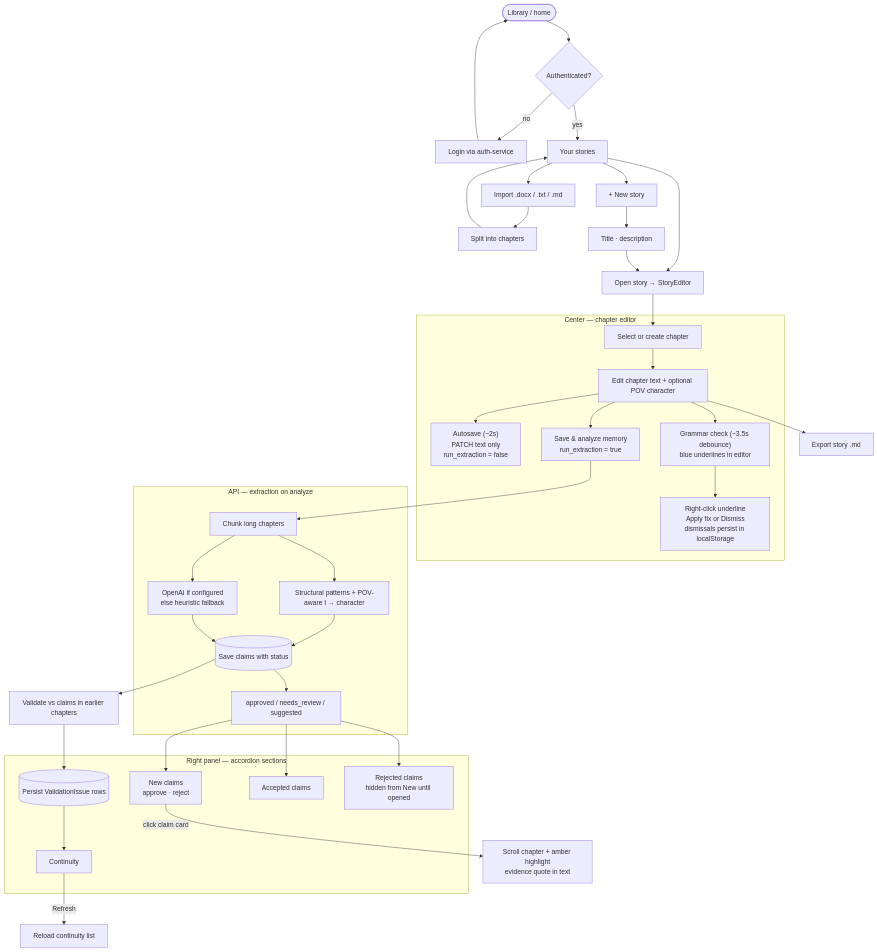
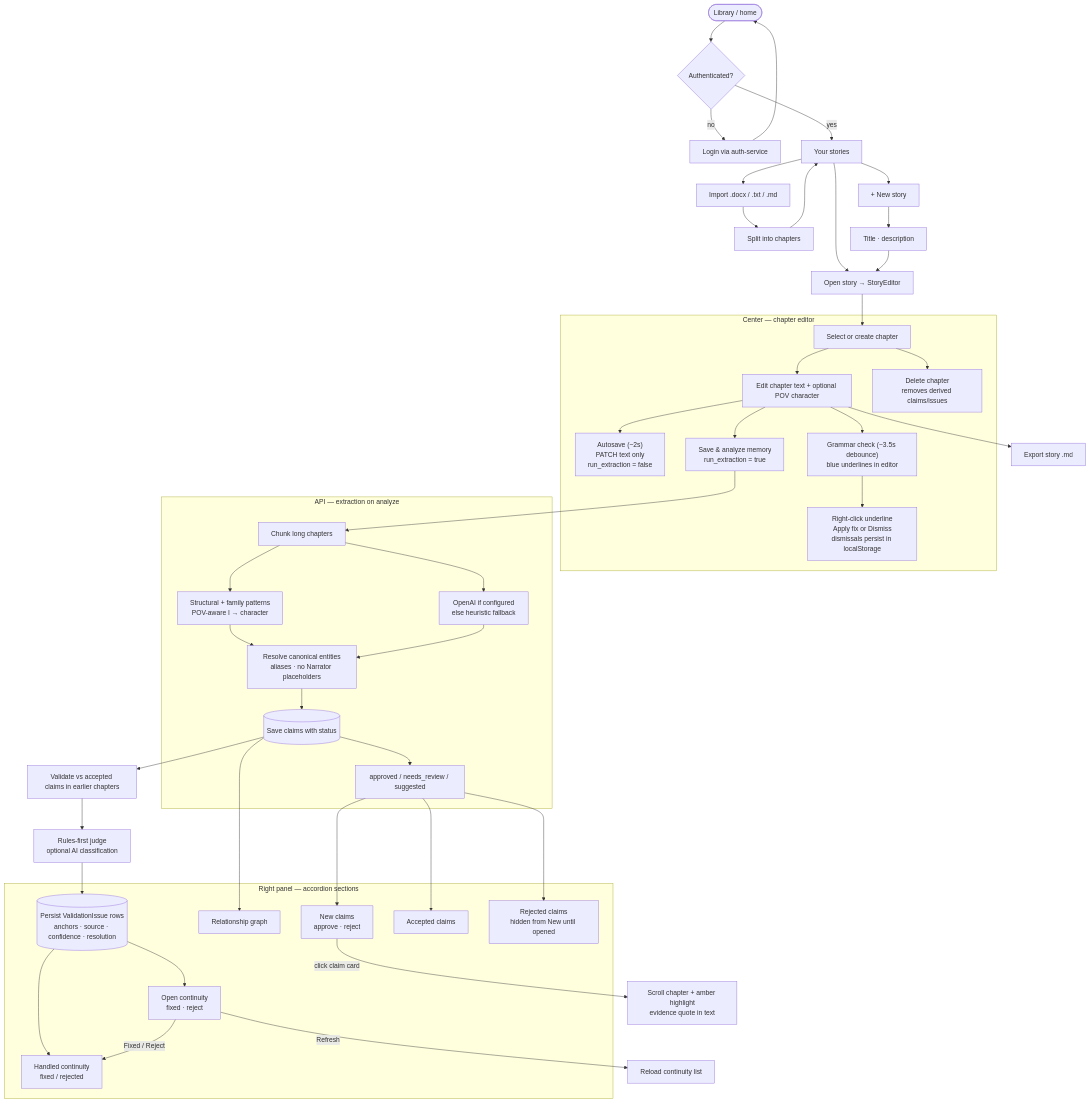
One commit to niharika06oct/inferStories changed the second of 3 diagrams in README.md. Above: the diagram before and after it, drawn with Mermaid. The commit also changed other lines of this file and 1 other file, not shown here.

````diff
--- a/README.md
+++ b/README.md
@@ -223,48 +239,54 @@
 ```mermaid
 flowchart TD
     Start([Library / home]) --> SignIn{Authenticated?}
     SignIn -->|no| Login[Login via auth-service]
     Login --> Start
     SignIn -->|yes| Hub[Your stories]
 
     Hub --> NewStory[+ New story]
     Hub --> Import[Import .docx / .txt / .md]
     Hub --> OpenStory[Open story → StoryEditor]
 
     Import --> Split[Split into chapters] --> Hub
     NewStory --> Meta[Title · description] --> OpenStory
 
     OpenStory --> PickChapter[Select or create chapter]
 
     subgraph Center["Center — chapter editor"]
         PickChapter --> Write[Edit chapter text + optional POV character]
         Write --> Autosave["Autosave (~2s)<br/>PATCH text only<br/>run_extraction = false"]
         Write --> Grammar["Grammar check (~3.5s debounce)<br/>blue underlines in editor"]
         Grammar --> RCMenu["Right-click underline<br/>Apply fix or Dismiss<br/>dismissals persist in localStorage"]
+        PickChapter --> DeleteChapter["Delete chapter<br/>removes derived claims/issues"]
         Write --> Analyze["Save & analyze memory<br/>run_extraction = true"]
     end
 
     subgraph Extract["API — extraction on analyze"]
         Analyze --> Chunk[Chunk long chapters]
-        Chunk --> Structural[Structural patterns + POV-aware I → character]
+        Chunk --> Structural[Structural + family patterns<br/>POV-aware I → character]
         Chunk --> LLM[OpenAI if configured<br/>else heuristic fallback]
-        Structural --> StoreClaims[(Save claims with status)]
-        LLM --> StoreClaims
+        Structural --> Registry[Resolve canonical entities<br/>aliases · no Narrator placeholders]
+        LLM --> Registry
+        Registry --> StoreClaims[(Save claims with status)]
         StoreClaims --> Confidence["approved / needs_review / suggested"]
     end
 
-    StoreClaims --> Validate[Validate vs claims in earlier chapters]
-    Validate --> StoreIssues[(Persist ValidationIssue rows)]
+    StoreClaims --> Validate[Validate vs accepted claims in earlier chapters]
+    Validate --> Judge[Rules-first judge<br/>optional AI classification]
+    Judge --> StoreIssues[(Persist ValidationIssue rows<br/>anchors · source · confidence · resolution)]
 
     subgraph Right["Right panel — accordion sections"]
-        StoreIssues --> Cont["Continuity"]
+        StoreIssues --> Cont["Open continuity<br/>fixed · reject"]
+        StoreIssues --> Handled["Handled continuity<br/>fixed / rejected"]
+        StoreClaims --> Graph["Relationship graph"]
         Confidence --> NewC["New claims<br/>approve · reject"]
         Confidence --> Acc["Accepted claims"]
         Confidence --> Rej["Rejected claims<br/>hidden from New until opened"]
     end
 
     NewC -->|click claim card| Jump[Scroll chapter + amber highlight<br/>evidence quote in text]
     Cont -->|Refresh| Poll[Reload continuity list]
+    Cont -->|Fixed / Reject| Handled
 
     Write --> ExportMd[Export story .md]
 ```
````
